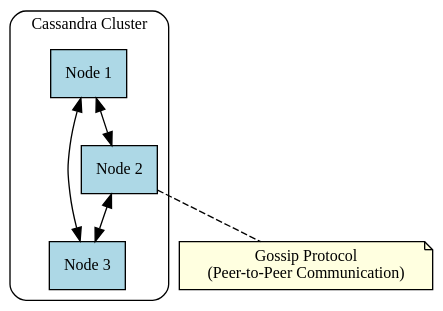
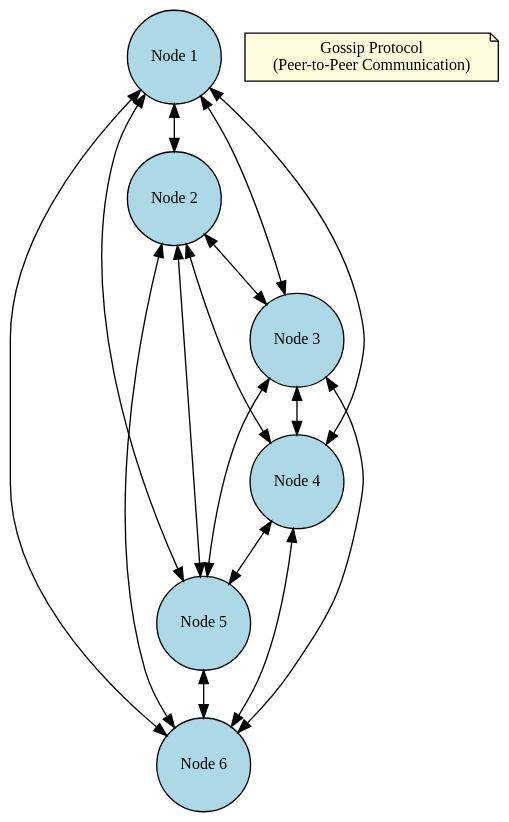
Before and after one commit to axonops/documentation: the first of 5 diagrams in docs/cassandra/architecture/index.md, drawn with Graphviz. The commit also changed other lines of this file and 27 other files, not shown here.

````diff
--- a/docs/cassandra/architecture/index.md
+++ b/docs/cassandra/architecture/index.md
@@ -17,28 +17,36 @@
-```graphviz dot cluster.svg
+```graphviz circo cluster.svg
 digraph CassandraCluster {
     bgcolor="transparent"
-    compound=true
     graph [fontname="Roboto Flex", fontsize=12]
     node [fontname="Roboto Flex", fontsize=12]
     edge [fontname="Roboto Flex", fontsize=12]
 
-    subgraph cluster_0 {
-        label="Cassandra Cluster"
-        style=rounded
-        bgcolor="white"
+    node [shape=circle, style=filled, fillcolor=lightblue]
 
-        node [shape=box, style=filled, fillcolor=lightblue]
+    N1 [label="Node 1"]
+    N2 [label="Node 2"]
+    N3 [label="Node 3"]
+    N4 [label="Node 4"]
+    N5 [label="Node 5"]
+    N6 [label="Node 6"]
 
-        N1 [label="Node 1"]
-        N2 [label="Node 2"]
-        N3 [label="Node 3"]
-
-        N1 -> N2 [dir=both]
-        N2 -> N3 [dir=both]
-        N1 -> N3 [dir=both]
-    }
+    N1 -> N2 [dir=both]
+    N1 -> N3 [dir=both]
+    N1 -> N4 [dir=both]
+    N1 -> N5 [dir=both]
+    N1 -> N6 [dir=both]
+    N2 -> N3 [dir=both]
+    N2 -> N4 [dir=both]
+    N2 -> N5 [dir=both]
+    N2 -> N6 [dir=both]
+    N3 -> N4 [dir=both]
+    N3 -> N5 [dir=both]
+    N3 -> N6 [dir=both]
+    N4 -> N5 [dir=both]
+    N4 -> N6 [dir=both]
+    N5 -> N6 [dir=both]
 
     gossip [label="Gossip Protocol\n(Peer-to-Peer Communication)", shape=note, style=filled, fillcolor=lightyellow]
-    N2 -> gossip [style=dashed, dir=none]
+
 }
 ```
````
